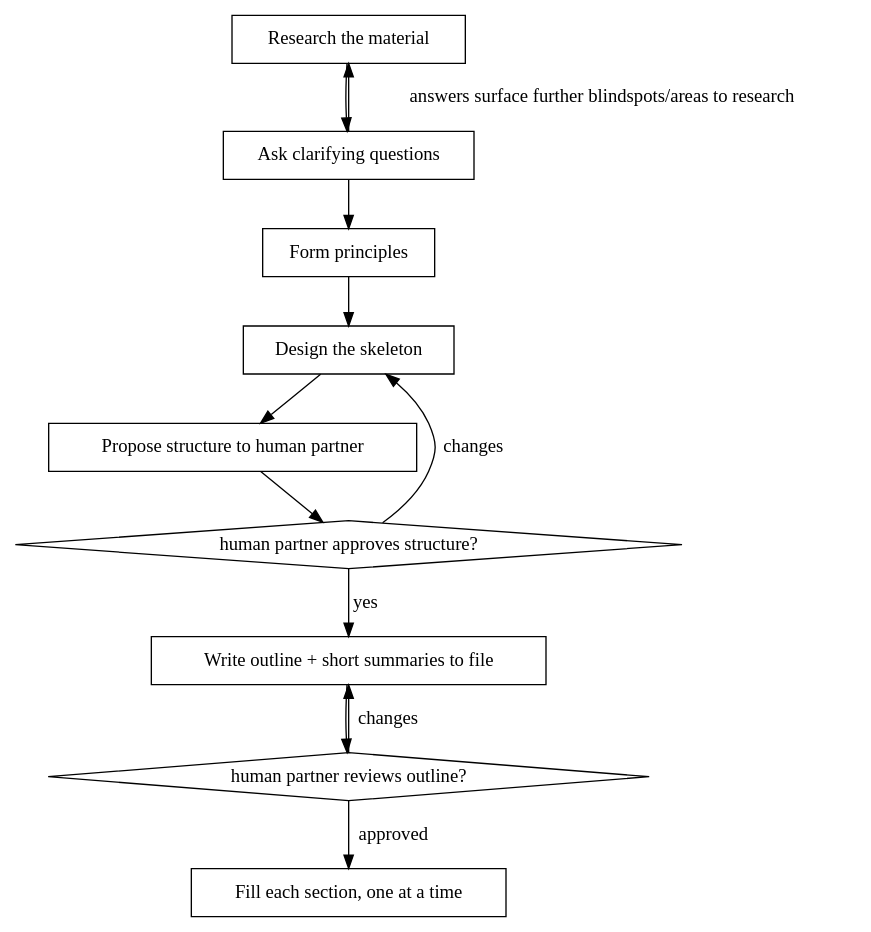
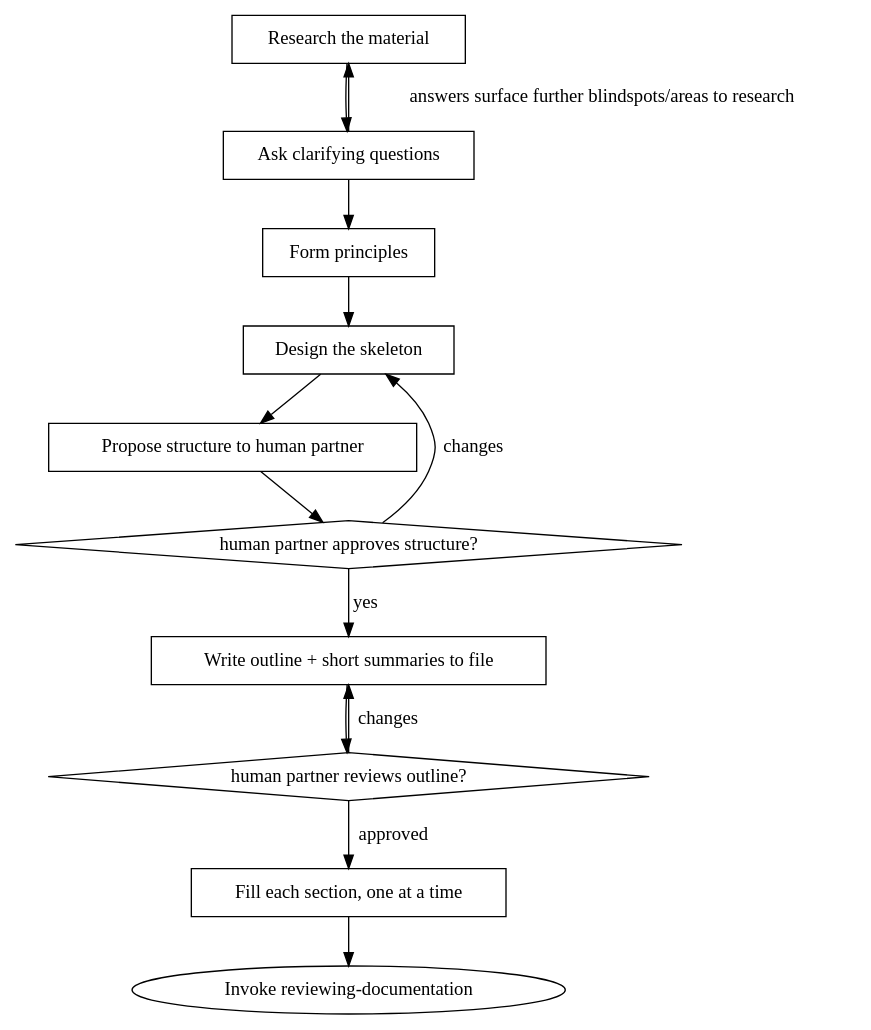
One commit to noahzuch/nessy changed the diagram in skills/writing-documentation/SKILL.md. Above: the diagram before and after it, drawn with Graphviz. The commit also changed other lines of this file and 20 other files, not shown here.

````diff
--- a/skills/writing-documentation/SKILL.md
+++ b/skills/writing-documentation/SKILL.md
@@ -39,25 +39,26 @@
 ```dot
 digraph writing_documentation {
     "Research the material" [shape=box];
     "Ask clarifying questions" [shape=box];
     "Form principles" [shape=box];
     "Design the skeleton" [shape=box];
     "Propose structure to human partner" [shape=box];
     "human partner approves structure?" [shape=diamond];
     "Write outline + short summaries to file" [shape=box];
     "human partner reviews outline?" [shape=diamond];
     "Fill each section, one at a time" [shape=box];
 
     "Research the material" -> "Ask clarifying questions";
     "Ask clarifying questions" -> "Research the material" [label="answers surface further blindspots/areas to research"];
     "Ask clarifying questions" -> "Form principles";
     "Form principles" -> "Design the skeleton";
     "Design the skeleton" -> "Propose structure to human partner";
     "Propose structure to human partner" -> "human partner approves structure?";
     "human partner approves structure?" -> "Design the skeleton" [label="changes"];
     "human partner approves structure?" -> "Write outline + short summaries to file" [label="yes"];
     "Write outline + short summaries to file" -> "human partner reviews outline?";
     "human partner reviews outline?" -> "Write outline + short summaries to file" [label="changes"];
     "human partner reviews outline?" -> "Fill each section, one at a time" [label="approved"];
+    "Fill each section, one at a time" -> "Invoke reviewing-documentation";
 }
 ```
````
